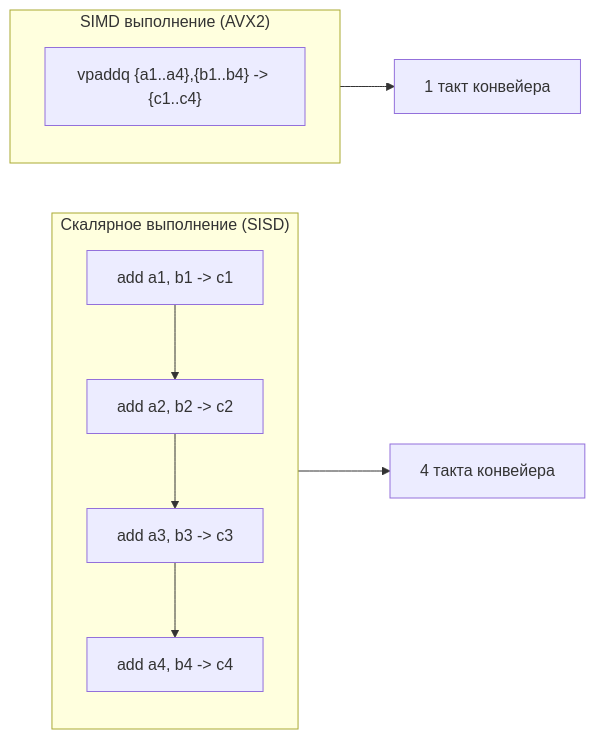
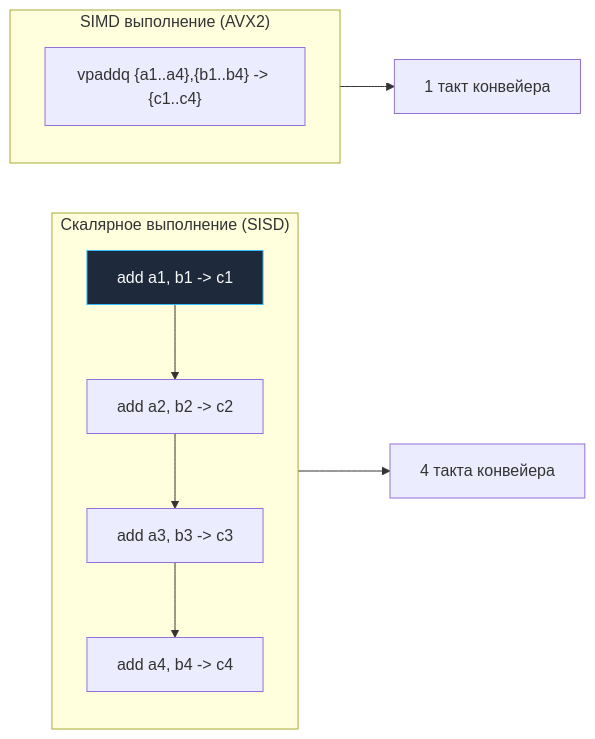
The diagram in sources/16. Профилирование, отладка и производительность/03. CPU profiling/7. SIMD и Go.md (UnrealTemplier/go-textbook), drawn with Mermaid before and after one commit. The commit also changed 1666 other files, not shown here.

First line of the commit message:
feat(mermaid): add semantic color classDef to 1369 colorless flowchart/graph diagrams

````diff
--- a/sources/16. Профилирование, отладка и производительность/03. CPU profiling/7. SIMD и Go.md
+++ b/sources/16. Профилирование, отладка и производительность/03. CPU profiling/7. SIMD и Go.md
@@ -65,11 +65,21 @@
 ```mermaid
 flowchart LR
+    classDef process  fill:#1e293b,stroke:#38bdf8,stroke-width:1px,color:#f8fafc
+    classDef success  fill:#064e3b,stroke:#34d399,stroke-width:1px,color:#f8fafc
+    classDef error    fill:#7f1d1d,stroke:#f87171,stroke-width:1px,color:#f8fafc
+    classDef warning  fill:#78350f,stroke:#fbbf24,stroke-width:1px,color:#f8fafc
+    classDef entry    fill:#1e3a5f,stroke:#38bdf8,stroke-width:2px,color:#f8fafc
+    classDef aux      fill:#334155,stroke:#64748b,stroke-width:1px,color:#f8fafc
+    classDef system   fill:#312e81,stroke:#a78bfa,stroke-width:1px,color:#f8fafc
+    classDef data     fill:#132d29,stroke:#2dd4bf,stroke-width:1px,color:#f8fafc
+    classDef network  fill:#881337,stroke:#fb7185,stroke-width:1px,color:#f8fafc
+    classDef accent   fill:#1e1b4b,stroke:#818cf8,stroke-width:1px,color:#f8fafc
     subgraph Scalar["Скалярное выполнение (SISD)"]
-        S1["add a1, b1 -> c1"] --> S2["add a2, b2 -> c2"] --> S3["add a3, b3 -> c3"] --> S4["add a4, b4 -> c4"]
+        S1["add a1, b1 -> c1"]:::process --> S2["add a2, b2 -> c2"] --> S3["add a3, b3 -> c3"] --> S4["add a4, b4 -> c4"]
     end
     subgraph SIMD["SIMD выполнение (AVX2)"]
         SIMD1["vpaddq {a1..a4},{b1..b4} -> {c1..c4}"]
     end
     Scalar --> TimeScalar["4 такта конвейера"]
     SIMD --> TimeSIMD["1 такт конвейера"]
 ```
````
